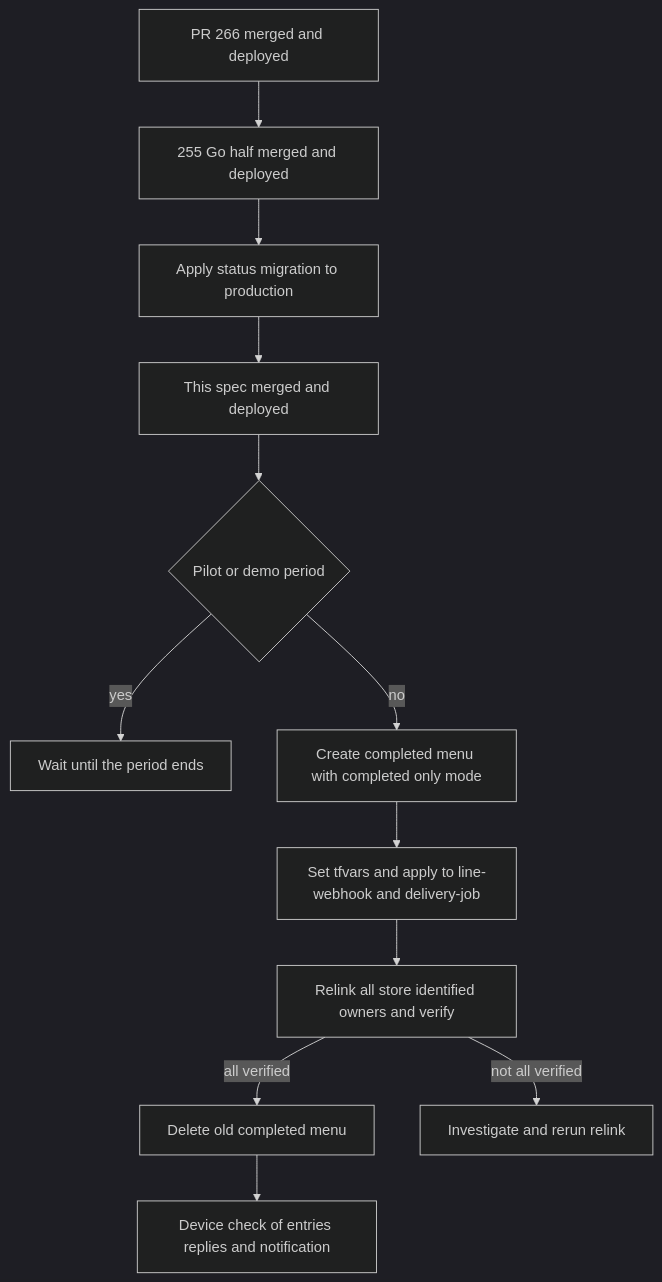
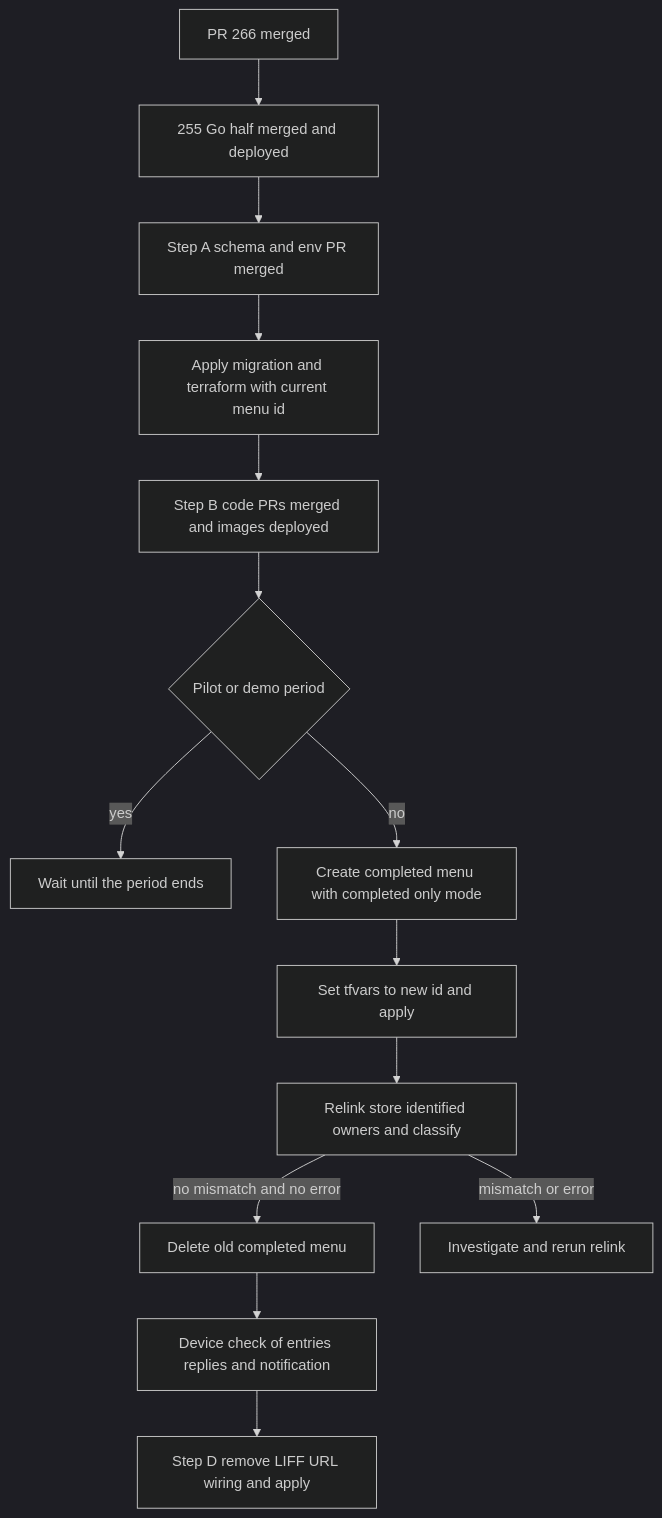
The fifth of 5 diagrams in .kiro/specs/line-on-demand-report/design.md (ManatoYamashita/fw-line-meo), drawn with Mermaid (dark theme) before and after one commit. The commit also changed other lines of this file and 2 other files, not shown here.

First line of the commit message:
docs(spec): 設計レビューの指摘 3 点を design に反映する（#256）

````diff
--- a/.kiro/specs/line-on-demand-report/design.md
+++ b/.kiro/specs/line-on-demand-report/design.md
@@ -971,14 +978,16 @@
 ```mermaid
 flowchart TD
-    Pr266[PR 266 merged and deployed] --> GoFix[255 Go half merged and deployed]
-    GoFix --> Schema[Apply status migration to production]
-    Schema --> Code[This spec merged and deployed]
-    Code --> Period{Pilot or demo period}
+    Pr266[PR 266 merged] --> GoFix[255 Go half merged and deployed]
+    GoFix --> StepA[Step A schema and env PR merged]
+    StepA --> ApplyA[Apply migration and terraform with current menu id]
+    ApplyA --> StepB[Step B code PRs merged and images deployed]
+    StepB --> Period{Pilot or demo period}
     Period -->|yes| Wait[Wait until the period ends]
     Period -->|no| Create[Create completed menu with completed only mode]
-    Create --> Apply[Set tfvars and apply to line-webhook and delivery-job]
-    Apply --> Relink[Relink all store identified owners and verify]
-    Relink -->|all verified| Delete[Delete old completed menu]
-    Relink -->|not all verified| Retry[Investigate and rerun relink]
+    Create --> ApplyC[Set tfvars to new id and apply]
+    ApplyC --> Relink[Relink store identified owners and classify]
+    Relink -->|no mismatch and no error| Delete[Delete old completed menu]
+    Relink -->|mismatch or error| Retry[Investigate and rerun relink]
     Delete --> Device[Device check of entries replies and notification]
+    Device --> StepD[Step D remove LIFF URL wiring and apply]
 ```
````
